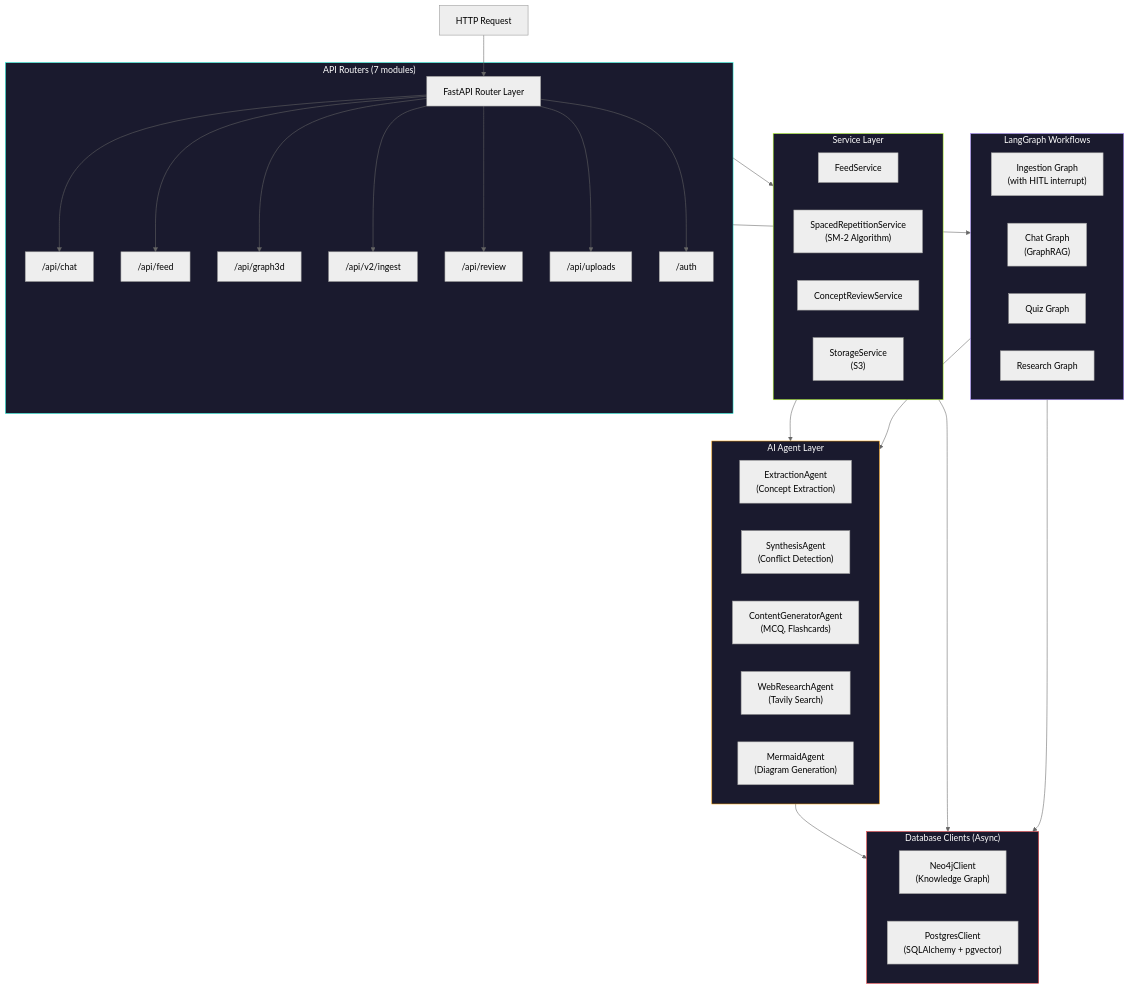
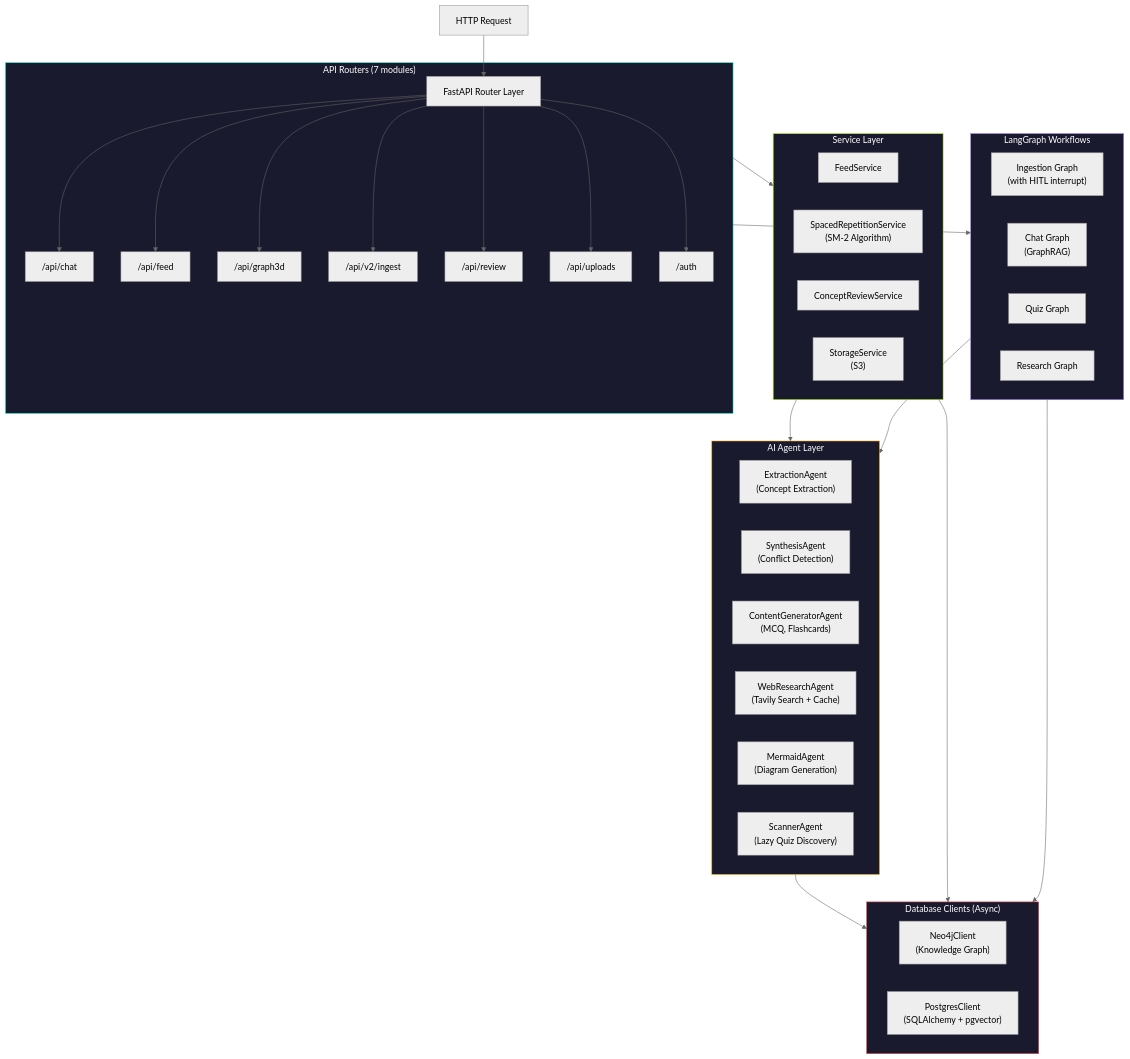
Before and after one commit to usnaveen/GraphRecall: the second of 7 diagrams in README.md, drawn with Mermaid (neutral theme). The commit also changed other lines of this file and 6 other files, not shown here.

````diff
--- a/README.md
+++ b/README.md
@@ -119,55 +122,56 @@
 ```mermaid
 graph TD
     A["HTTP Request"] --> B["FastAPI Router Layer"]
 
     subgraph Routers["API Routers (7 modules)"]
         B --> R1["/api/chat"]
         B --> R2["/api/feed"]
         B --> R3["/api/graph3d"]
         B --> R4["/api/v2/ingest"]
         B --> R5["/api/review"]
         B --> R6["/api/uploads"]
         B --> R7["/auth"]
     end
 
     subgraph Services["Service Layer"]
         S1["FeedService"]
         S2["SpacedRepetitionService\n(SM-2 Algorithm)"]
         S3["ConceptReviewService"]
         S4["StorageService\n(S3)"]
     end
 
     subgraph Agents["AI Agent Layer"]
         AG1["ExtractionAgent\n(Concept Extraction)"]
         AG2["SynthesisAgent\n(Conflict Detection)"]
         AG3["ContentGeneratorAgent\n(MCQ, Flashcards)"]
-        AG4["WebResearchAgent\n(Tavily Search)"]
+        AG4["WebResearchAgent\n(Tavily Search + Cache)"]
         AG5["MermaidAgent\n(Diagram Generation)"]
+        AG6["ScannerAgent\n(Lazy Quiz Discovery)"]
     end
 
     subgraph Graphs["LangGraph Workflows"]
         G1["Ingestion Graph\n(with HITL interrupt)"]
         G2["Chat Graph\n(GraphRAG)"]
         G3["Quiz Graph"]
         G4["Research Graph"]
     end
 
     subgraph DB["Database Clients (Async)"]
         D1["Neo4jClient\n(Knowledge Graph)"]
         D2["PostgresClient\n(SQLAlchemy + pgvector)"]
     end
 
     Routers --> Services
     Routers --> Graphs
     Services --> Agents
     Graphs --> Agents
     Agents --> DB
     Services --> DB
     Graphs --> DB
 
     style Routers fill:#1a1a2e,stroke:#2EFFE6,color:#fff
     style Services fill:#1a1a2e,stroke:#B6FF2E,color:#fff
     style Agents fill:#1a1a2e,stroke:#f59e0b,color:#fff
     style Graphs fill:#1a1a2e,stroke:#a78bfa,color:#fff
     style DB fill:#1a1a2e,stroke:#ef4444,color:#fff
 ```
````
